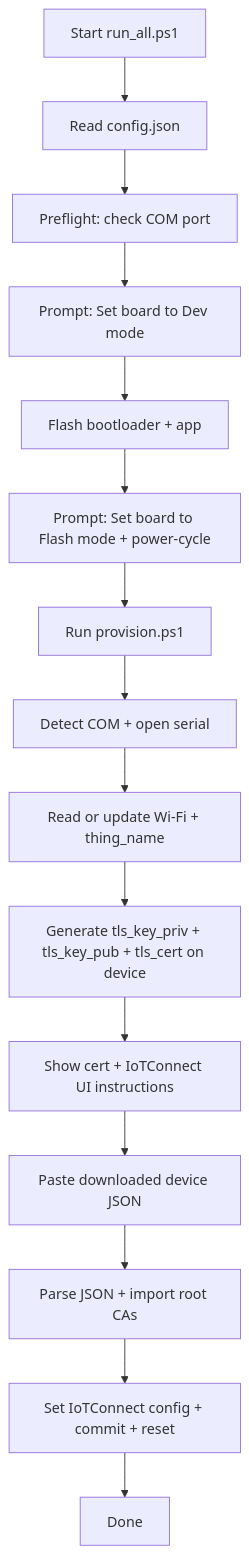
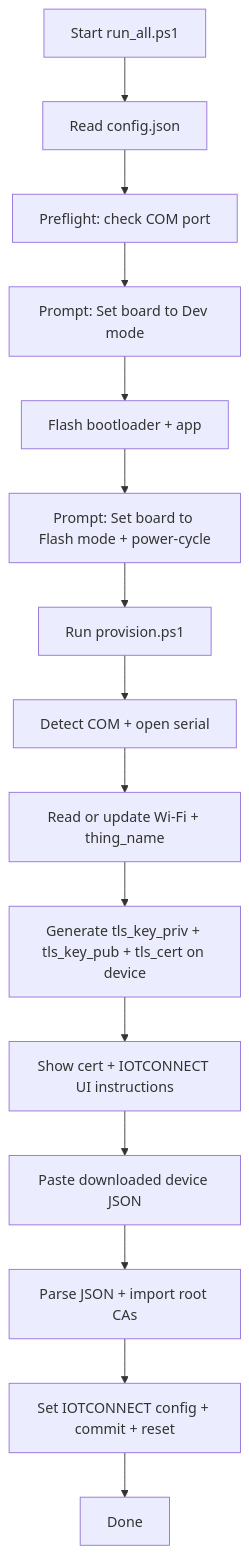
One commit to avnet-iotconnect/iotc-stm32-n6-w6x-kvs-webrtc changed the diagram in bin/readme.md. Above: the diagram before and after it, drawn with Mermaid. The commit also changed other lines of this file and 15 other files, not shown here.

````diff
--- a/bin/readme.md
+++ b/bin/readme.md
@@ -48,17 +48,17 @@
 ```mermaid
 flowchart TD
     A[Start run_all.ps1] --> B[Read config.json]
     B --> C[Preflight: check COM port]
     C --> D[Prompt: Set board to Dev mode]
     D --> E[Flash bootloader + app]
     E --> F[Prompt: Set board to Flash mode + power-cycle]
     F --> G[Run provision.ps1]
     G --> G1[Detect COM + open serial]
     G1 --> G2[Read or update Wi-Fi + thing_name]
     G2 --> G3[Generate tls_key_priv + tls_key_pub + tls_cert on device]
-    G3 --> G4[Show cert + IoTConnect UI instructions]
+    G3 --> G4[Show cert + IOTCONNECT UI instructions]
     G4 --> G5[Paste downloaded device JSON]
     G5 --> G6[Parse JSON + import root CAs]
-    G6 --> G7[Set IoTConnect config + commit + reset]
+    G6 --> G7[Set IOTCONNECT config + commit + reset]
     G7 --> H[Done]
 ```
````
